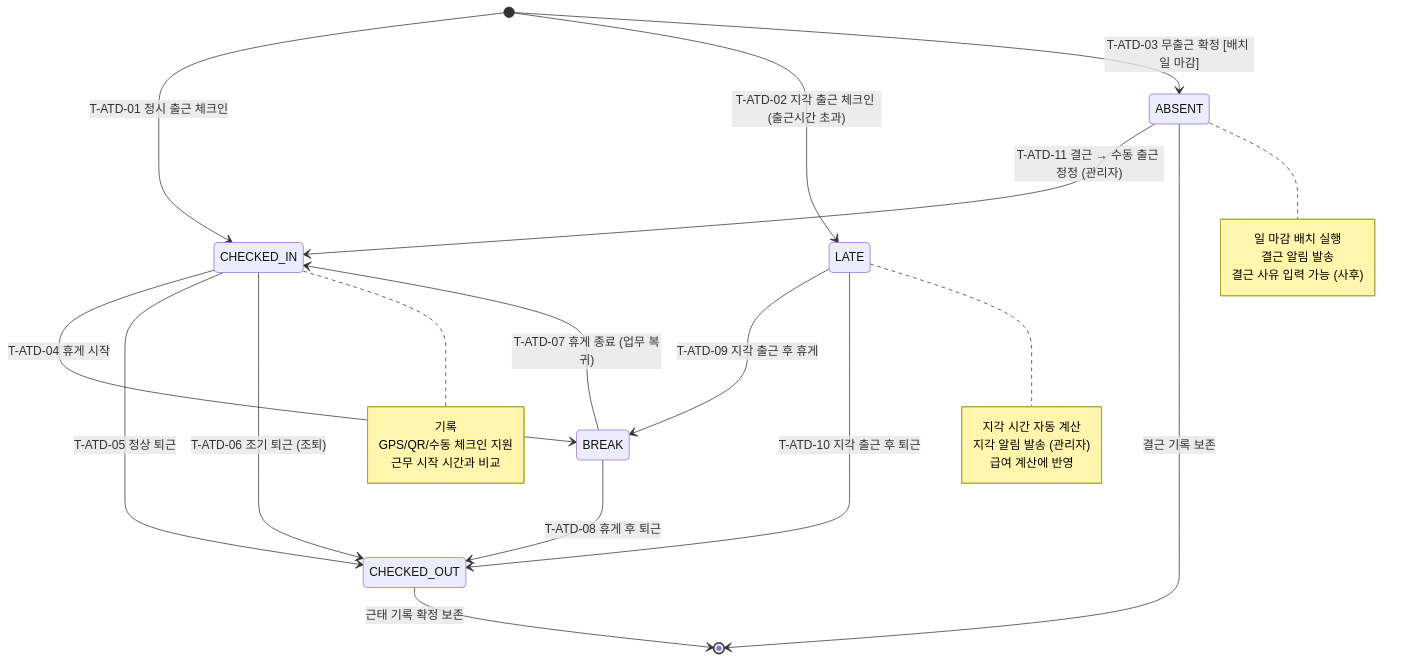
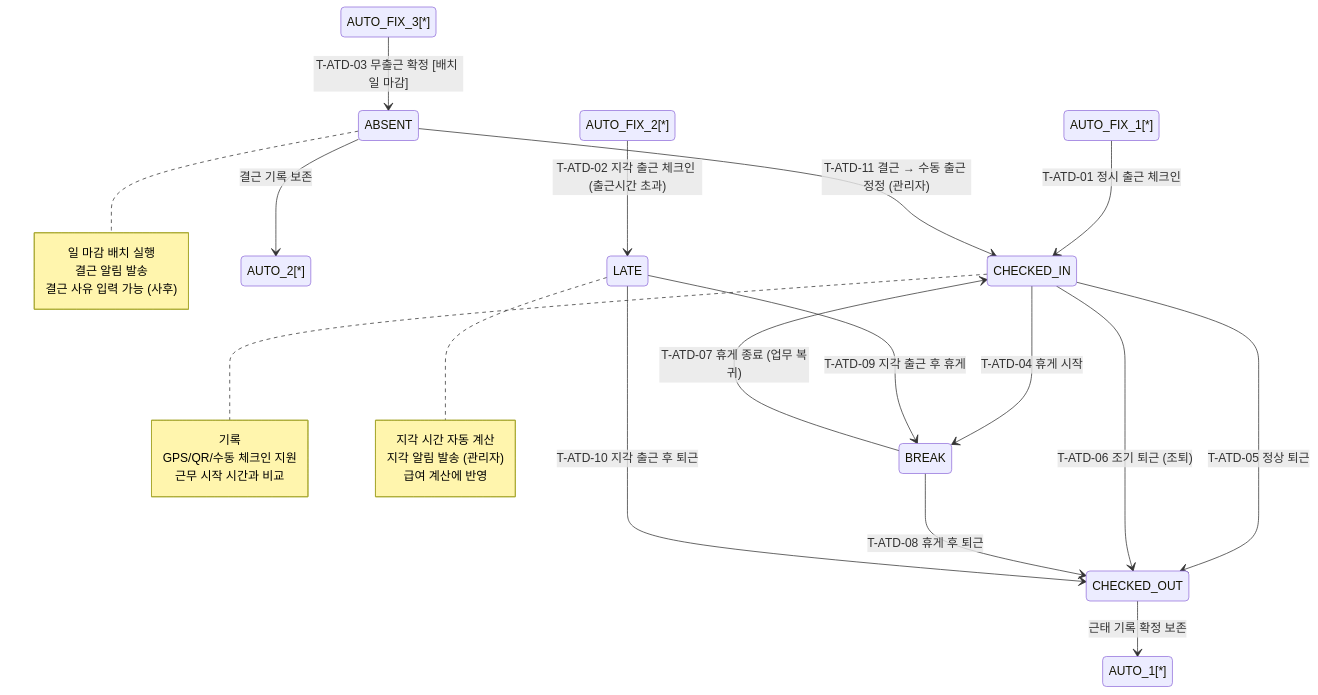
One commit to dev-spogym/admin-pando changed the diagram in docs/admin/다이어그램/20_상태전이도/20-13_AttendanceStatus.md. Above: the diagram before and after it, drawn with Mermaid. The commit also changed 369 other files, not shown here.

````diff
--- a/docs/admin/다이어그램/20_상태전이도/20-13_AttendanceStatus.md
+++ b/docs/admin/다이어그램/20_상태전이도/20-13_AttendanceStatus.md
@@ -32,39 +32,39 @@
 ```mermaid
 stateDiagram-v2
-    [*] --> CHECKED_IN : T-ATD-01 정시 출근 체크인
-    [*] --> LATE : T-ATD-02 지각 출근 체크인 (출근시간 초과)
-    [*] --> ABSENT : T-ATD-03 무출근 확정 [배치 일 마감]
+    AUTO_FIX_1[*] --> CHECKED_IN : T-ATD-01 정시 출근 체크인
+    AUTO_FIX_2[*] --> LATE : T-ATD-02 지각 출근 체크인 (출근시간 초과)
+    AUTO_FIX_3[*] --> ABSENT : T-ATD-03 무출근 확정 [배치 일 마감]
 
     CHECKED_IN --> BREAK : T-ATD-04 휴게 시작
     CHECKED_IN --> CHECKED_OUT : T-ATD-05 정상 퇴근
     CHECKED_IN --> CHECKED_OUT : T-ATD-06 조기 퇴근 (조퇴)
 
     BREAK --> CHECKED_IN : T-ATD-07 휴게 종료 (업무 복귀)
     BREAK --> CHECKED_OUT : T-ATD-08 휴게 후 퇴근
 
     LATE --> BREAK : T-ATD-09 지각 출근 후 휴게
     LATE --> CHECKED_OUT : T-ATD-10 지각 출근 후 퇴근
 
     ABSENT --> CHECKED_IN : T-ATD-11 결근 → 수동 출근 정정 (관리자)
 
-    CHECKED_OUT --> [*] : 근태 기록 확정 보존
-    ABSENT --> [*] : 결근 기록 보존
+    CHECKED_OUT --> AUTO_1[*] : 근태 기록 확정 보존
+    ABSENT --> AUTO_2[*] : 결근 기록 보존
 
     note right of CHECKED_IN
          기록
         GPS/QR/수동 체크인 지원
         근무 시작 시간과 비교
     end note
 
     note right of LATE
         지각 시간 자동 계산
         지각 알림 발송 (관리자)
         급여 계산에 반영
     end note
 
     note right of ABSENT
         일 마감 배치 실행
         결근 알림 발송
         결근 사유 입력 가능 (사후)
     end note
 ```
````
